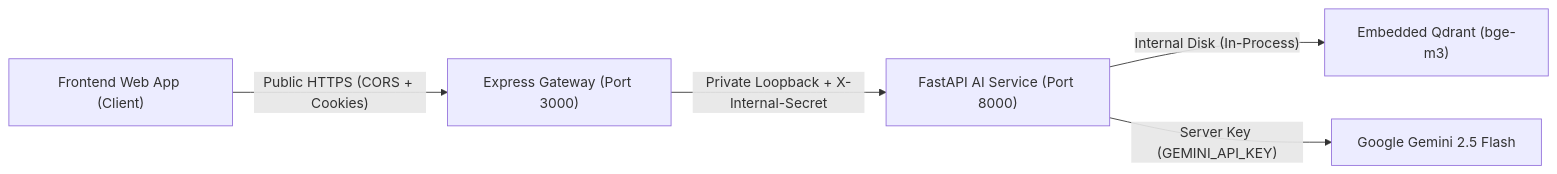
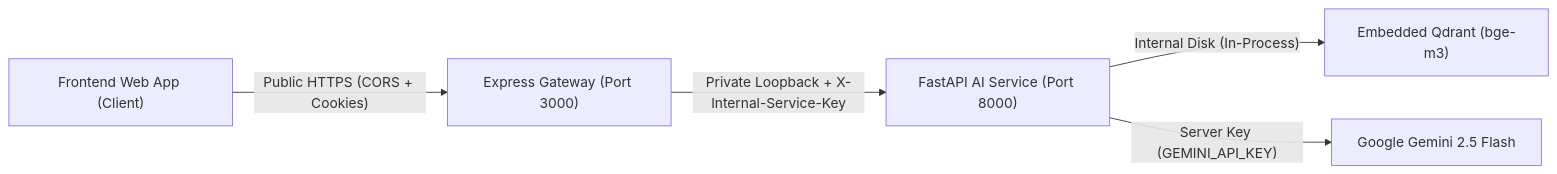
The diagram in docs/fastapi-integration-contract.md (amanlikestowrite/majorproject), drawn with Mermaid before and after one commit. The commit also changed other lines of this file and 8 other files, not shown here.

Commit message:
standardize internal auth header on X-Internal-Service-Key across express and fastapi

````diff
--- a/docs/fastapi-integration-contract.md
+++ b/docs/fastapi-integration-contract.md
@@ -12,7 +12,7 @@
 ```mermaid
 flowchart LR
     Browser["Frontend Web App (Client)"] -- "Public HTTPS (CORS + Cookies)" --> Express["Express Gateway (Port 3000)"]
-    Express -- "Private Loopback + X-Internal-Secret" --> FastAPI["FastAPI AI Service (Port 8000)"]
+    Express -- "Private Loopback + X-Internal-Service-Key" --> FastAPI["FastAPI AI Service (Port 8000)"]
     FastAPI -- "Internal Disk (In-Process)" --> Qdrant["Embedded Qdrant (bge-m3)"]
     FastAPI -- "Server Key (GEMINI_API_KEY)" --> Gemini["Google Gemini 2.5 Flash"]
 ```
````
